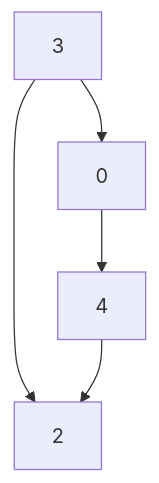
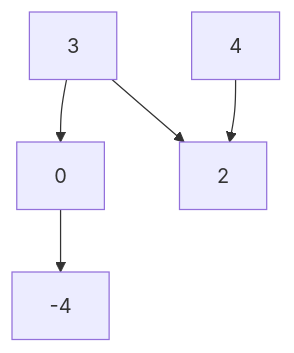
One commit to abdielreyes/algorithms_n_data_structures changed the first of 2 diagrams in amazon_prep/easy/04_linked_list_cycle/problem.md. Above: the diagram before and after it, drawn with Mermaid. The commit also changed other lines of this file, not shown here.

````diff
--- a/amazon_prep/easy/04_linked_list_cycle/problem.md
+++ b/amazon_prep/easy/04_linked_list_cycle/problem.md
@@ -10,7 +10,7 @@
 ```mermaid
 graph TD;
     3-->2
     3-->0
-    0-->4
+    0-->-4
     4-->2
 ```
````
